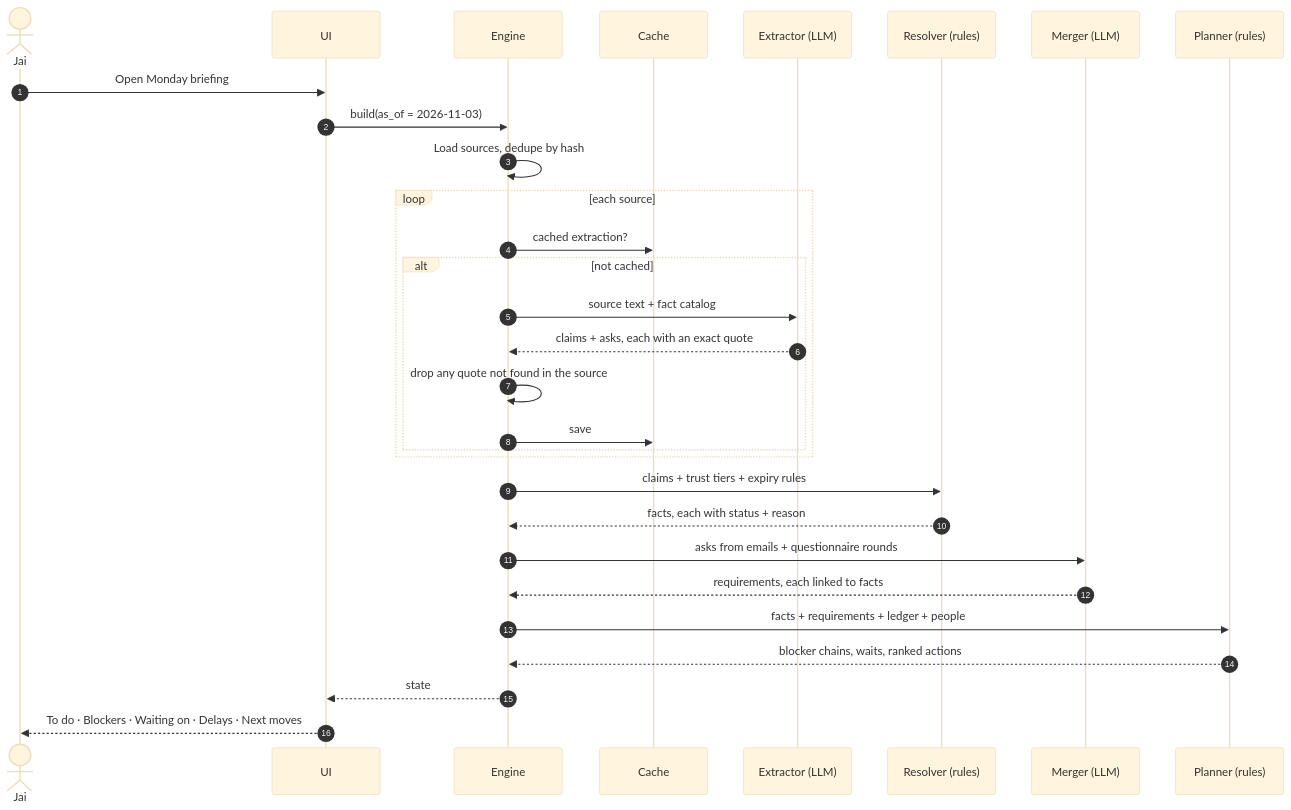
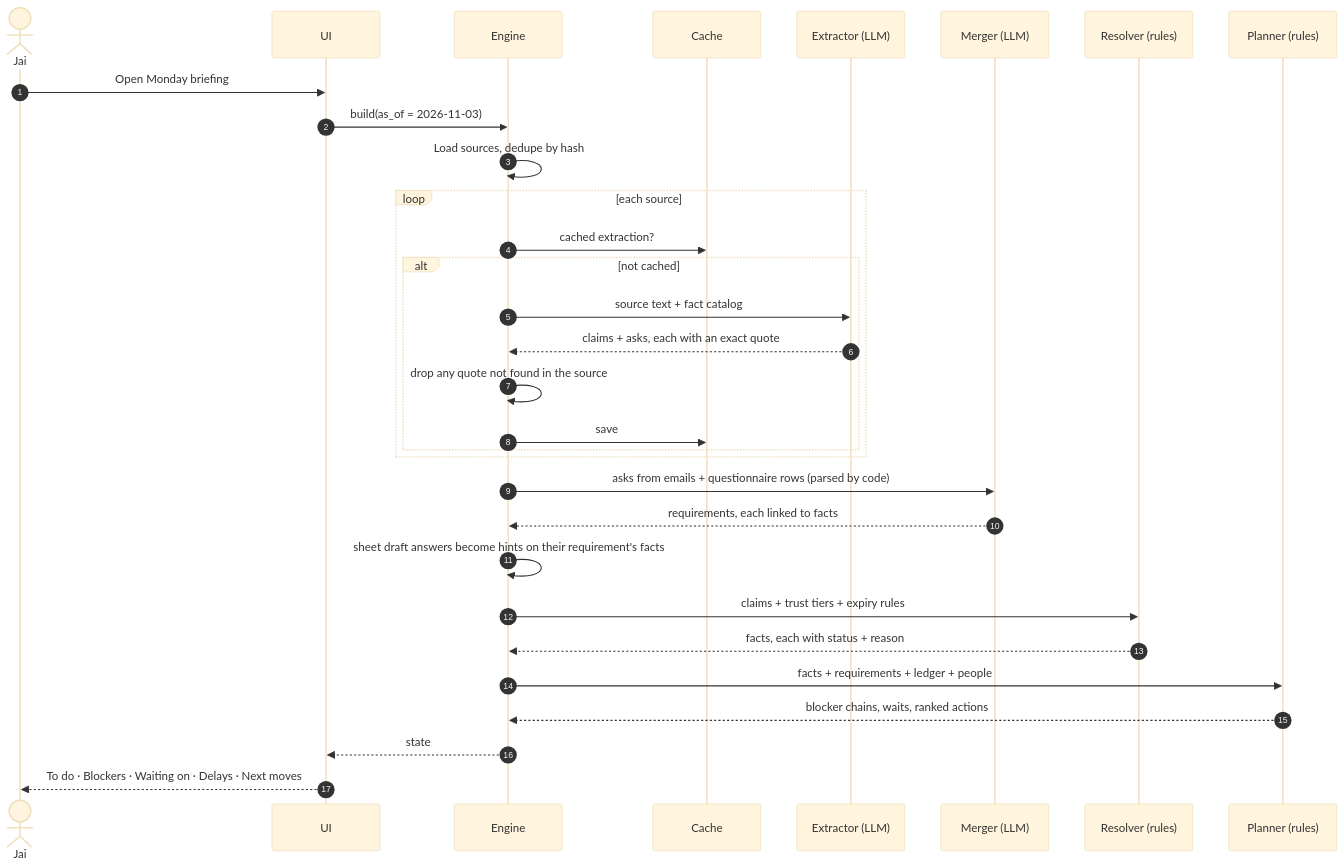
One commit to Whiteknight07/procurement-navigator changed the third of 6 diagrams in docs/ARCHITECTURE.md. Above: the diagram before and after it, drawn with Mermaid (base theme). The commit also changed other lines of this file and 225 other files, not shown here.

````diff
--- a/docs/ARCHITECTURE.md
+++ b/docs/ARCHITECTURE.md
@@ -91,32 +97,33 @@
 ```mermaid
 sequenceDiagram
   autonumber
   actor Jai
   participant UI as UI
   participant E as Engine
   participant C as Cache
   participant X as Extractor (LLM)
+  participant M as Merger (LLM)
   participant R as Resolver (rules)
-  participant M as Merger (LLM)
   participant P as Planner (rules)
   Jai->>UI: Open Monday briefing
   UI->>E: build(as_of = 2026-11-03)
   E->>E: Load sources, dedupe by hash
   loop each source
     E->>C: cached extraction?
     alt not cached
       E->>X: source text + fact catalog
       X-->>E: claims + asks, each with an exact quote
       E->>E: drop any quote not found in the source
       E->>C: save
     end
   end
+  E->>M: asks from emails + questionnaire rows (parsed by code)
+  M-->>E: requirements, each linked to facts
+  E->>E: sheet draft answers become hints on their requirement's facts
   E->>R: claims + trust tiers + expiry rules
   R-->>E: facts, each with status + reason
-  E->>M: asks from emails + questionnaire rounds
-  M-->>E: requirements, each linked to facts
   E->>P: facts + requirements + ledger + people
   P-->>E: blocker chains, waits, ranked actions
   E-->>UI: state
   UI-->>Jai: To do · Blockers · Waiting on · Delays · Next moves
 ```
````
